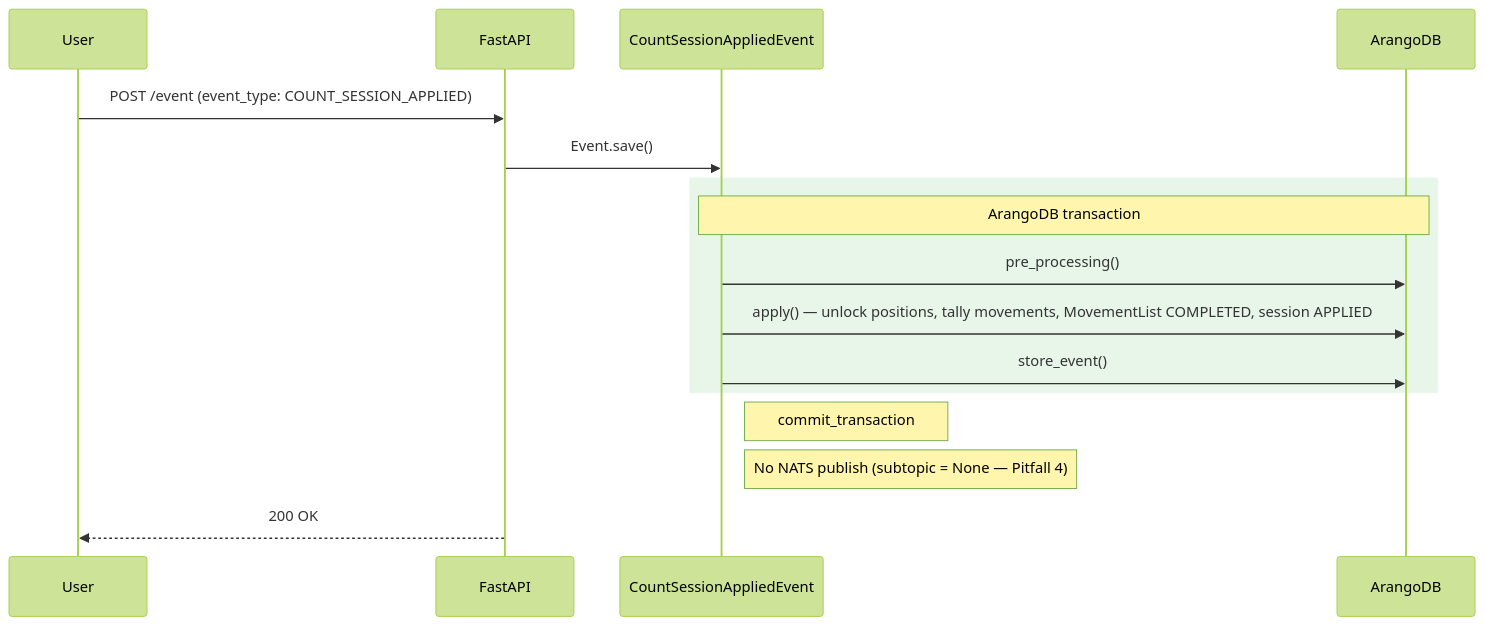
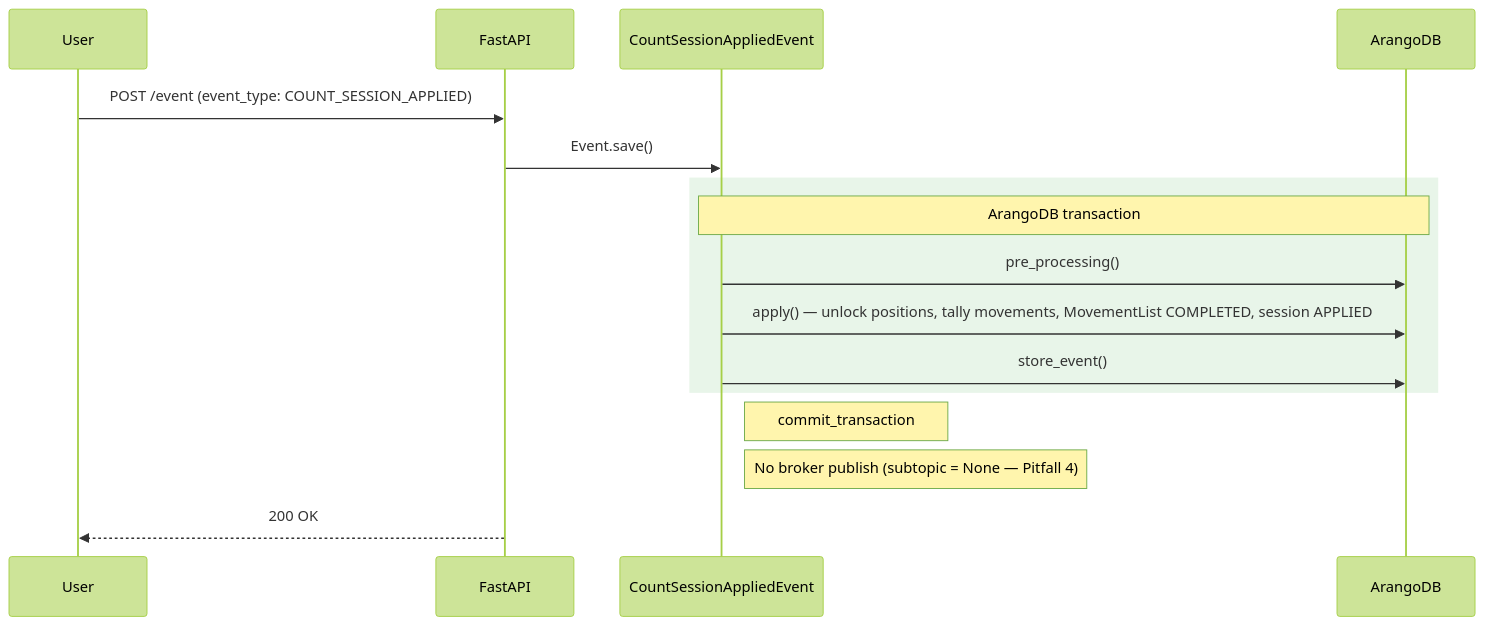
One commit to ProgressLabIT/progress-platform changed the diagram in docs/events/inventory/count-session-applied.md. Above: the diagram before and after it, drawn with Mermaid (forest theme). The commit also changed other lines of this file and 13 other files, not shown here.

First line of the commit message:
docs: v1.1 remaining NATS→broker fixes (Mermaid diagrams + prose)

````diff
--- a/docs/events/inventory/count-session-applied.md
+++ b/docs/events/inventory/count-session-applied.md
@@ -27,21 +27,21 @@
 ```mermaid
 sequenceDiagram
   participant U as User
   participant API as FastAPI
   participant E as CountSessionAppliedEvent
   participant DB as ArangoDB
 
   U->>API: POST /event (event_type: COUNT_SESSION_APPLIED)
   API->>E: Event.save()
 
   rect rgb(232, 245, 233)
     Note over E,DB: ArangoDB transaction
     E->>DB: pre_processing()
     E->>DB: apply() — unlock positions, tally movements, MovementList COMPLETED, session APPLIED
     E->>DB: store_event()
   end
   Note right of E: commit_transaction
 
-  Note right of E: No NATS publish (subtopic = None — Pitfall 4)
+  Note right of E: No broker publish (subtopic = None — Pitfall 4)
   API-->>U: 200 OK
 ```
````
